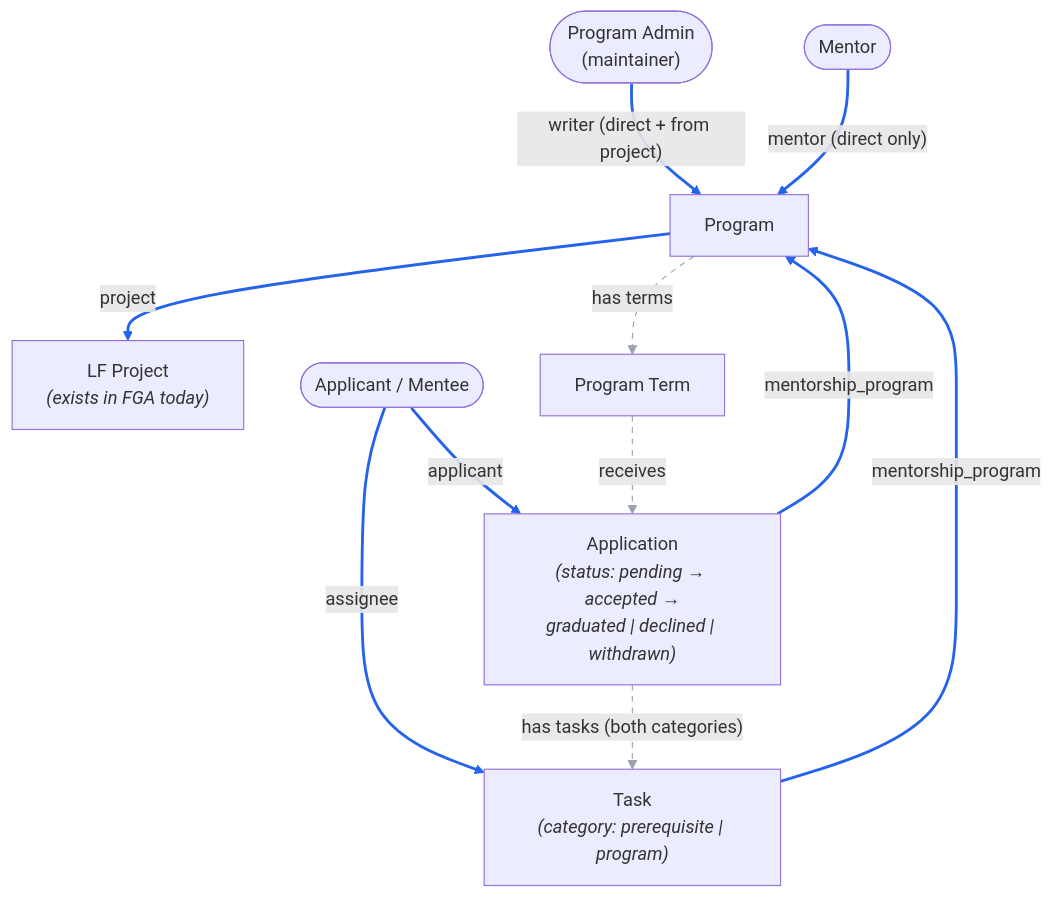
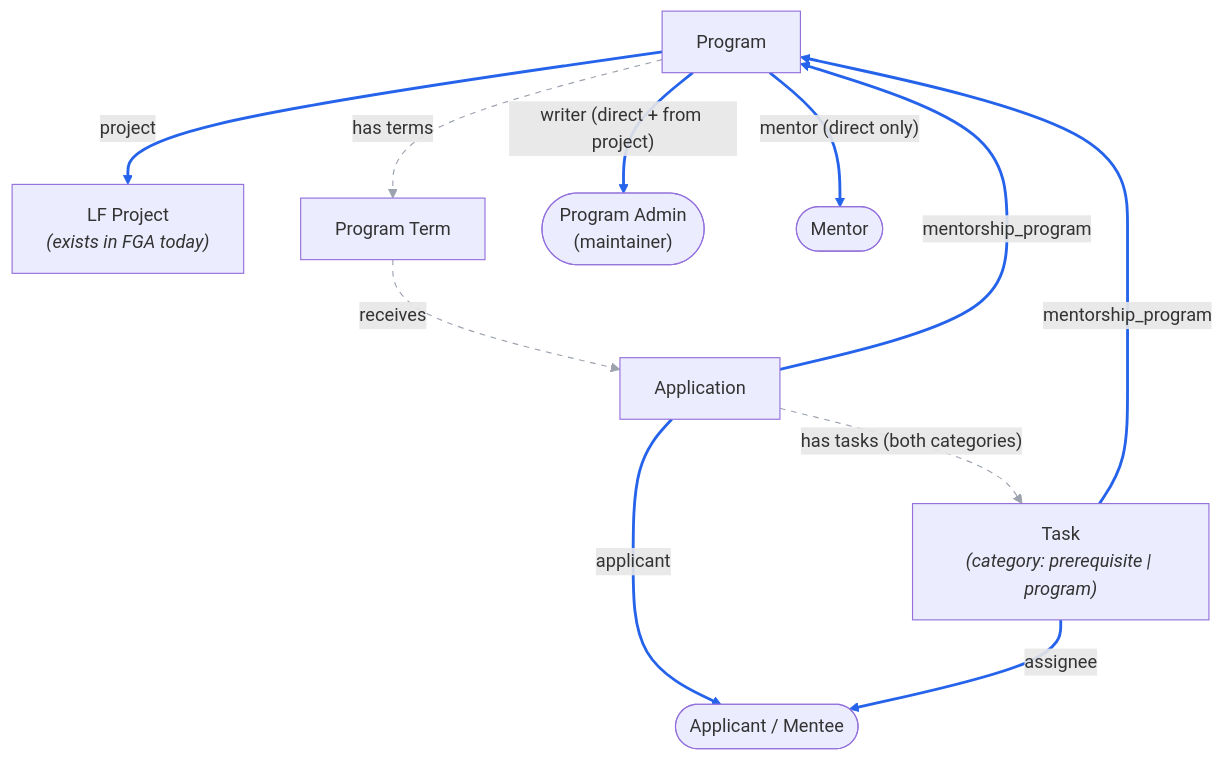
Before and after one commit to linuxfoundation/lfx-mentorship: the diagram in docs/rewrite/04-authorization-model.md, drawn with Mermaid. The commit also changed other lines of this file, not shown here.

First line of the commit message:
docs(rewrite): fix graph edge direction and tighten 04-authorization-model

````diff
--- a/docs/rewrite/04-authorization-model.md
+++ b/docs/rewrite/04-authorization-model.md
@@ -37,26 +37,26 @@
 ```mermaid
 flowchart TB
     PROJECT["LF Project<br/><i>(exists in FGA today)</i>"]
     PROGRAM["Program"]
     TERM["Program Term"]
-    APP["Application<br/><i>(status: pending → accepted →<br/>graduated | declined | withdrawn)</i>"]
+    APP["Application"]
     TASK["Task<br/><i>(category: prerequisite | program)</i>"]
     ADMIN(["Program Admin<br/>(maintainer)"])
     MENTOR(["Mentor"])
     MENTEE(["Applicant / Mentee"])
 
     PROGRAM ==>|"project"| PROJECT
-    ADMIN ==>|"writer (direct + from project)"| PROGRAM
-    MENTOR ==>|"mentor (direct only)"| PROGRAM
+    PROGRAM ==>|"writer (direct + from project)"| ADMIN
+    PROGRAM ==>|"mentor (direct only)"| MENTOR
     APP ==>|"mentorship_program"| PROGRAM
-    MENTEE ==>|"applicant"| APP
+    APP ==>|"applicant"| MENTEE
     TASK ==>|"mentorship_program"| PROGRAM
-    MENTEE ==>|"assignee"| TASK
+    TASK ==>|"assignee"| MENTEE
 
     PROGRAM -.->|"has terms"| TERM
     TERM -.->|"receives"| APP
     APP -.->|"has tasks (both categories)"| TASK
 
     linkStyle 0,1,2,3,4,5,6 stroke:#2563eb,stroke-width:2.5px
     linkStyle 7,8,9 stroke:#9ca3af,stroke-dasharray:5 5
 ```
````
